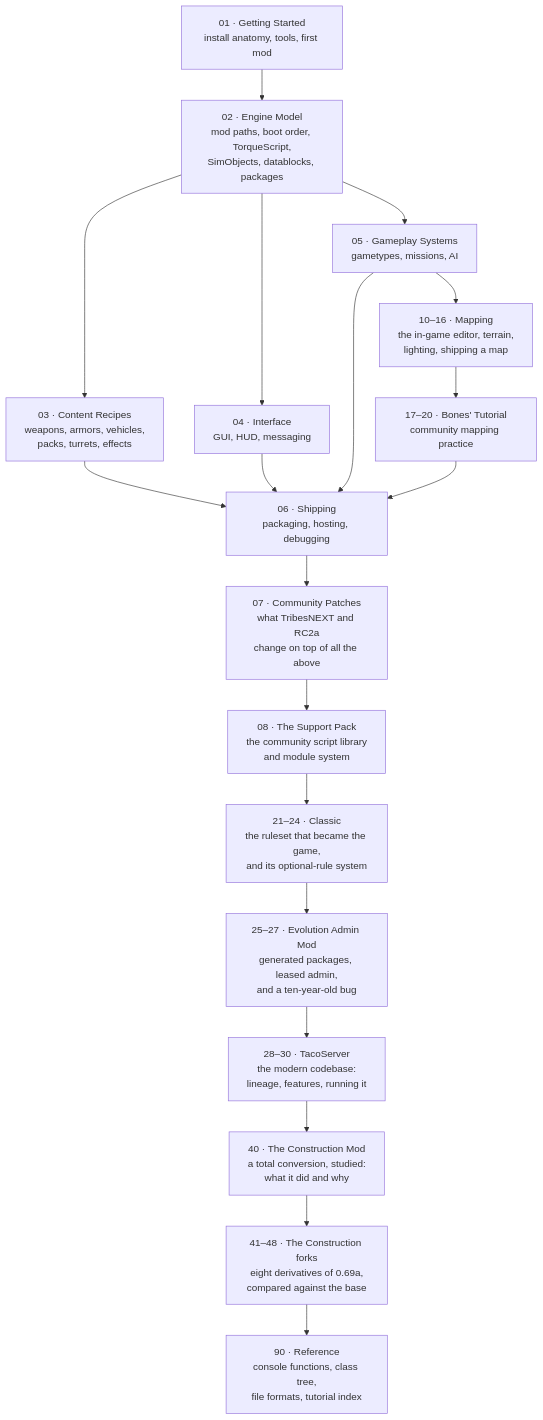
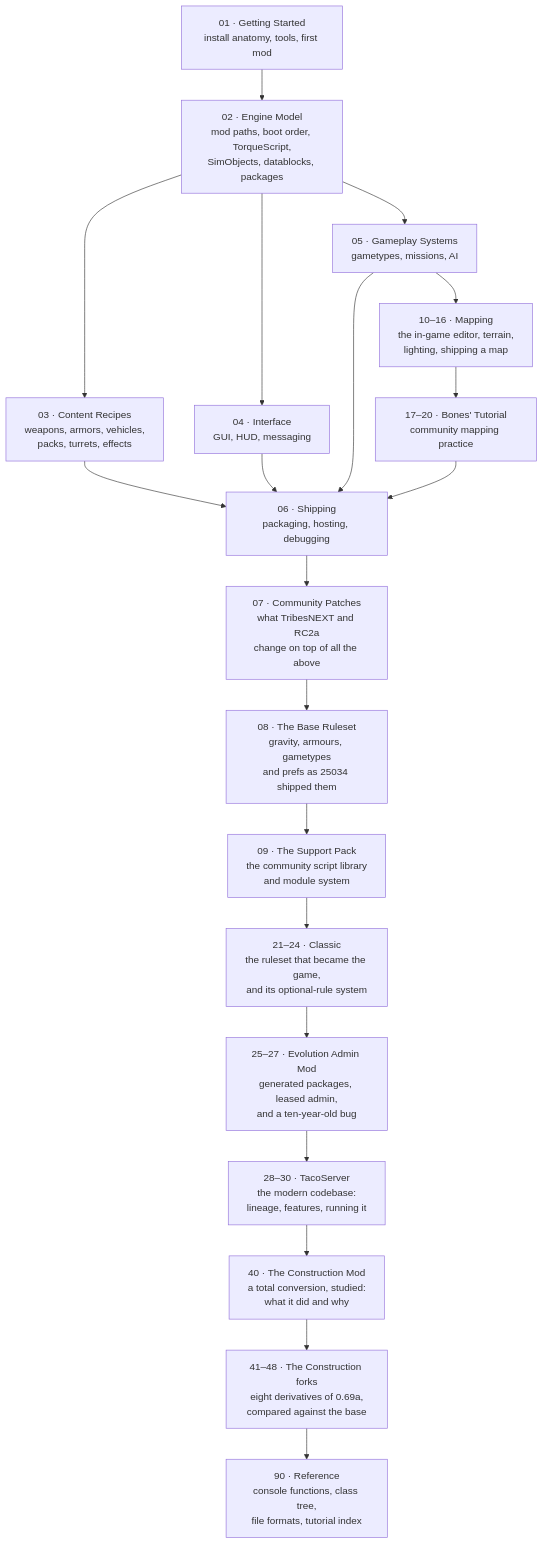
One commit to Tribes2-Community/mod-doc changed the diagram in README.md. Above: the diagram before and after it, drawn with Mermaid. The commit also changed other lines of this file and 23 other files, not shown here.

First line of the commit message:
Renumber the support pack to 09; add 08 on the base 25034 ruleset

````diff
--- a/README.md
+++ b/README.md
@@ -68,21 +68,22 @@
 ```mermaid
 flowchart TD
     A["01 · Getting Started<br/>install anatomy, tools, first mod"] --> B["02 · Engine Model<br/>mod paths, boot order, TorqueScript,<br/>SimObjects, datablocks, packages"]
     B --> C["03 · Content Recipes<br/>weapons, armors, vehicles,<br/>packs, turrets, effects"]
     B --> D["04 · Interface<br/>GUI, HUD, messaging"]
     B --> E["05 · Gameplay Systems<br/>gametypes, missions, AI"]
     C --> F["06 · Shipping<br/>packaging, hosting, debugging"]
     D --> F
     E --> F
     E --> MAP["10–16 · Mapping<br/>the in-game editor, terrain,<br/>lighting, shipping a map"]
     MAP --> BONES["17–20 · Bones' Tutorial<br/>community mapping practice"]
     BONES --> F
     F --> P["07 · Community Patches<br/>what TribesNEXT and RC2a<br/>change on top of all the above"]
-    P --> S["08 · The Support Pack<br/>the community script library<br/>and module system"]
+    P --> BR["08 · The Base Ruleset<br/>gravity, armours, gametypes<br/>and prefs as 25034 shipped them"]
+    BR --> S["09 · The Support Pack<br/>the community script library<br/>and module system"]
     S --> CL["21–24 · Classic<br/>the ruleset that became the game,<br/>and its optional-rule system"]
     CL --> EV["25–27 · Evolution Admin Mod<br/>generated packages, leased admin,<br/>and a ten-year-old bug"]
     EV --> TS["28–30 · TacoServer<br/>the modern codebase:<br/>lineage, features, running it"]
     TS --> M["40 · The Construction Mod<br/>a total conversion, studied:<br/>what it did and why"]
     M --> FK["41–48 · The Construction forks<br/>eight derivatives of 0.69a,<br/>compared against the base"]
     FK --> G["90 · Reference<br/>console functions, class tree,<br/>file formats, tutorial index"]
 ```
````
